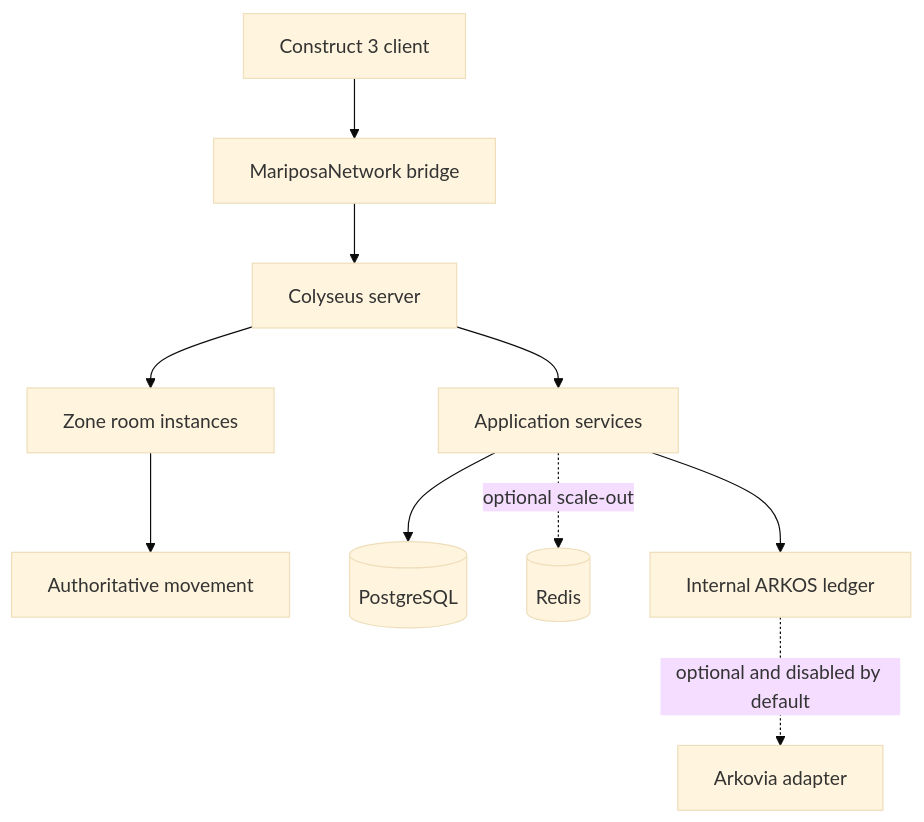
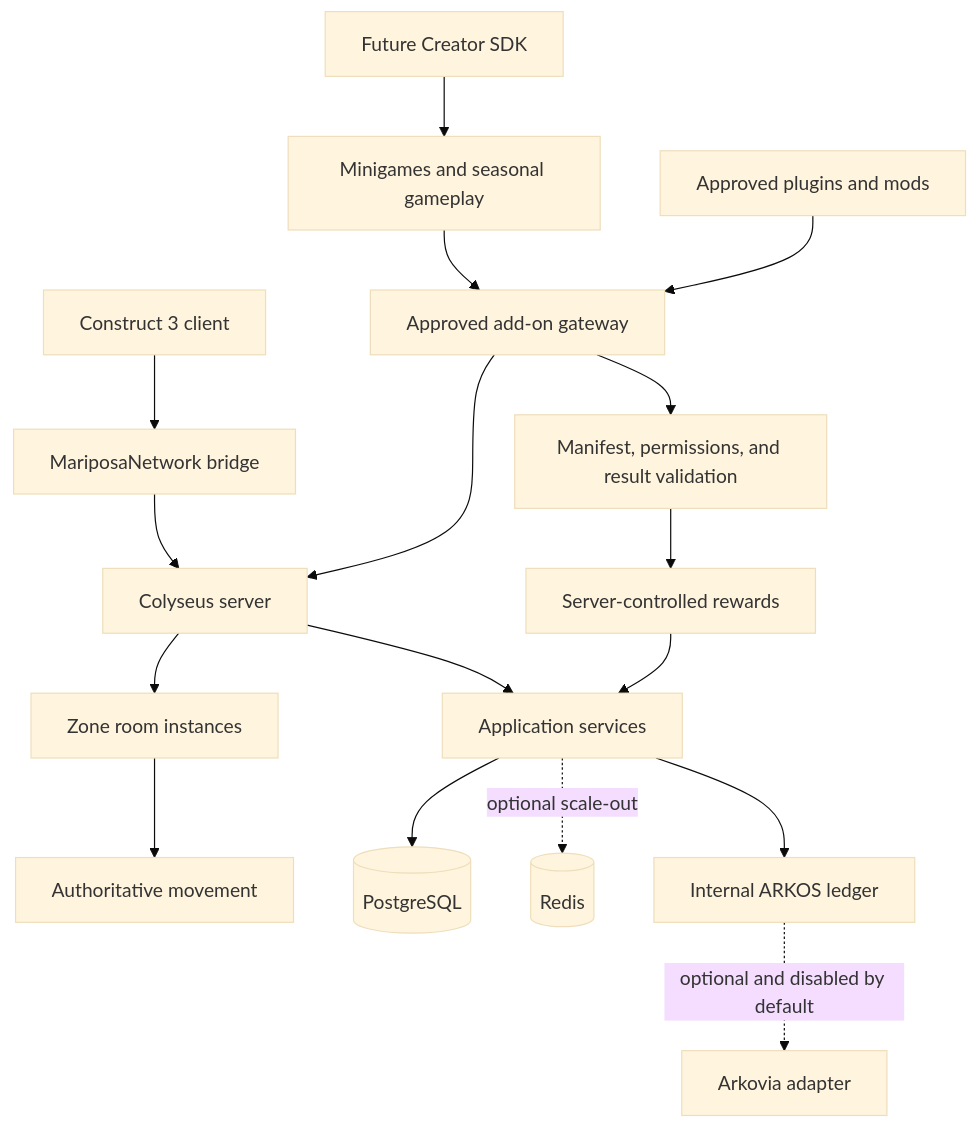
The diagram in README.md (mycreationhaven/Mariposa-Universe-Server), drawn with Mermaid (base theme) before and after one commit. The commit also changed other lines of this file, not shown here.

Commit message:
Document add-on and seasonal extension architecture

````diff
--- a/README.md
+++ b/README.md
@@ -69,12 +69,19 @@
 ```mermaid
 flowchart TD
     C3["Construct 3 client"] --> MN["MariposaNetwork bridge"]
     MN --> CS["Colyseus server"]
     CS --> ZR["Zone room instances"]
     ZR --> MS["Authoritative movement"]
     CS --> AS["Application services"]
     AS --> PG[(PostgreSQL)]
     AS -. "optional scale-out" .-> RD[(Redis)]
     AS --> EL["Internal ARKOS ledger"]
     EL -. "optional and disabled by default" .-> AA["Arkovia adapter"]
+    XG["Approved add-on gateway"] --> CS
+    MG["Minigames and seasonal gameplay"] --> XG
+    PM["Approved plugins and mods"] --> XG
+    SDK["Future Creator SDK"] --> MG
+    XG --> MV["Manifest, permissions, and result validation"]
+    MV --> RW["Server-controlled rewards"]
+    RW --> AS
 ```
````
